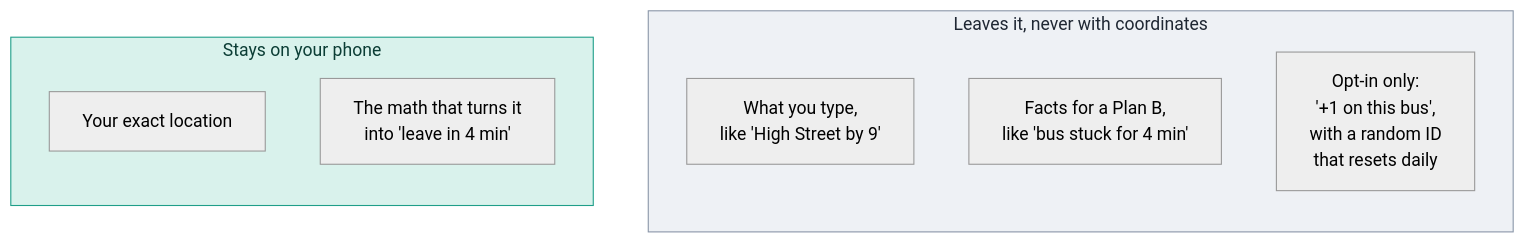
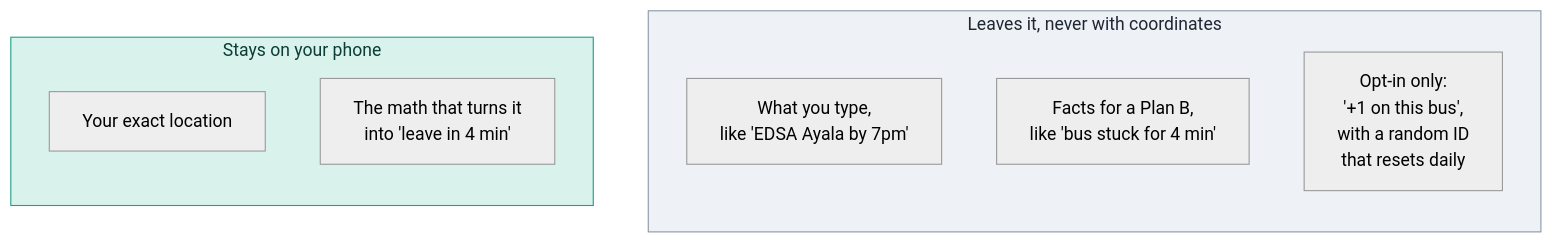
The sixth of 8 diagrams in README.md (lanzmanalac/bustrack), drawn with Mermaid (neutral theme) before and after one commit. The commit also changed other lines of this file and 10 other files, not shown here.

````diff
--- a/README.md
+++ b/README.md
@@ -278,25 +278,25 @@
 ```mermaid
 ---
 config:
   flowchart:
     wrappingWidth: 400
 ---
 flowchart LR
     subgraph STAYS["Stays on your phone"]
         direction TB
         L1["Your exact location"]
         L2["The math that turns it<br/>into 'leave in 4 min'"]
     end
 
     subgraph LEAVES["Leaves it, never with coordinates"]
         direction TB
-        S1["What you type,<br/>like 'High Street by 9'"]
+        S1["What you type,<br/>like 'EDSA Ayala by 7pm'"]
         S2["Facts for a Plan B,<br/>like 'bus stuck for 4 min'"]
         S3["Opt-in only:<br/>'+1 on this bus',<br/>with a random ID<br/>that resets daily"]
     end
 
     STAYS ~~~ LEAVES
 
     style STAYS fill:#d9f2ec,stroke:#1f9e89,color:#0b3d35
     style LEAVES fill:#eef1f5,stroke:#8a96a8,color:#1f2733
 ```
````
